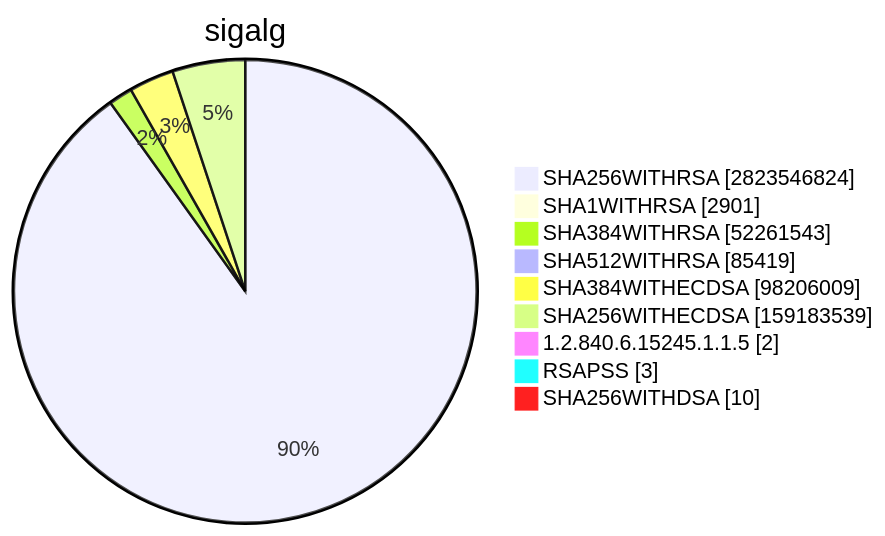
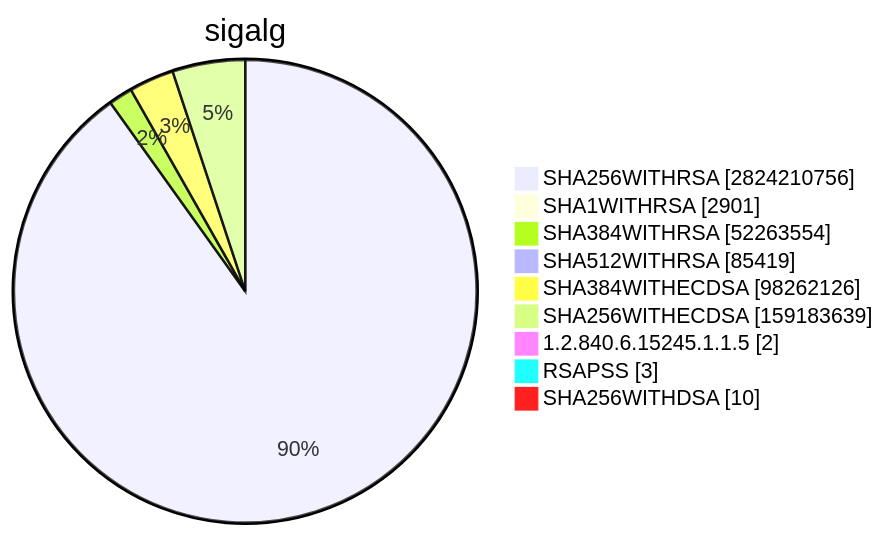
Diagram 15 of 15 in TOTAL/README.md (christiankrug/ctmonitor_visualization), drawn with Mermaid before and after one commit. The commit also changed other lines of this file, not shown here.

````diff
--- a/TOTAL/README.md
+++ b/TOTAL/README.md
@@ -6205,13 +6205,13 @@
 ```mermaid
 pie showData
 title sigalg
-"SHA256WITHRSA" :2823546824
+"SHA256WITHRSA" :2824210756
 "SHA1WITHRSA" :2901
-"SHA384WITHRSA" :52261543
+"SHA384WITHRSA" :52263554
 "SHA512WITHRSA" :85419
-"SHA384WITHECDSA" :98206009
-"SHA256WITHECDSA" :159183539
+"SHA384WITHECDSA" :98262126
+"SHA256WITHECDSA" :159183639
 "1.2.840.6.15245.1.1.5" :2
 "RSAPSS" :3
 "SHA256WITHDSA" :10
 ```
````
